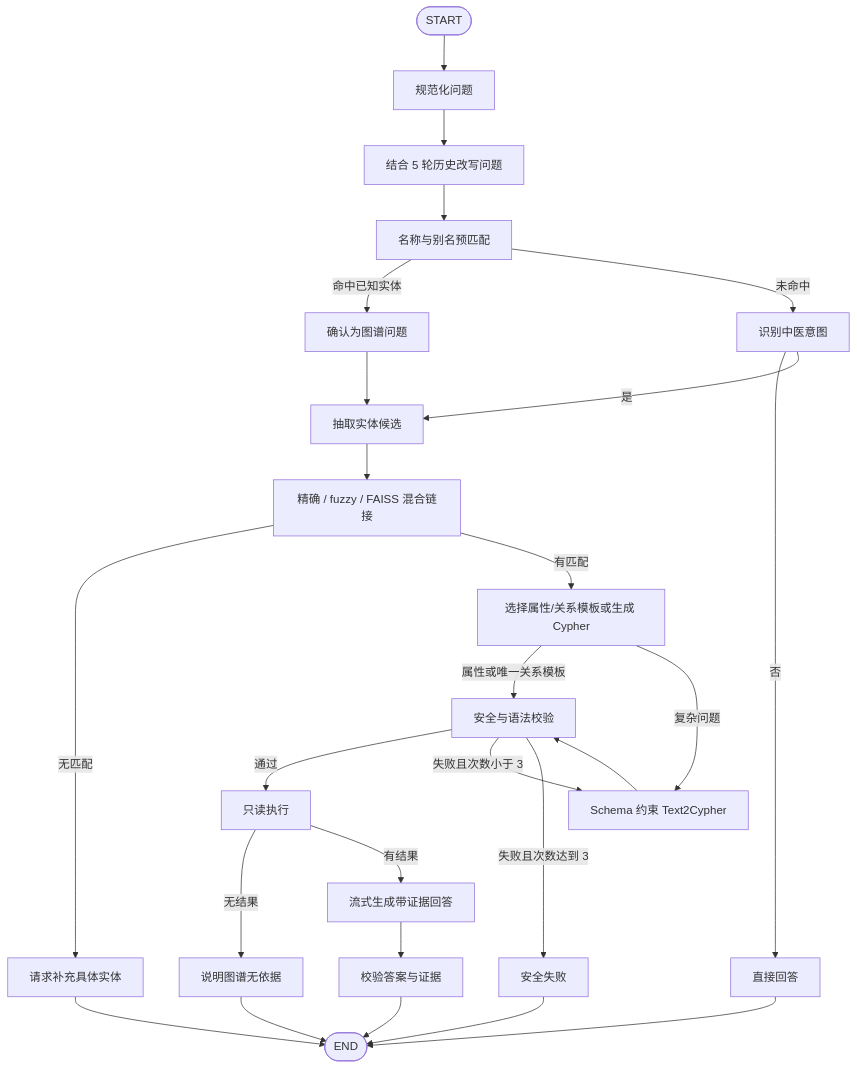
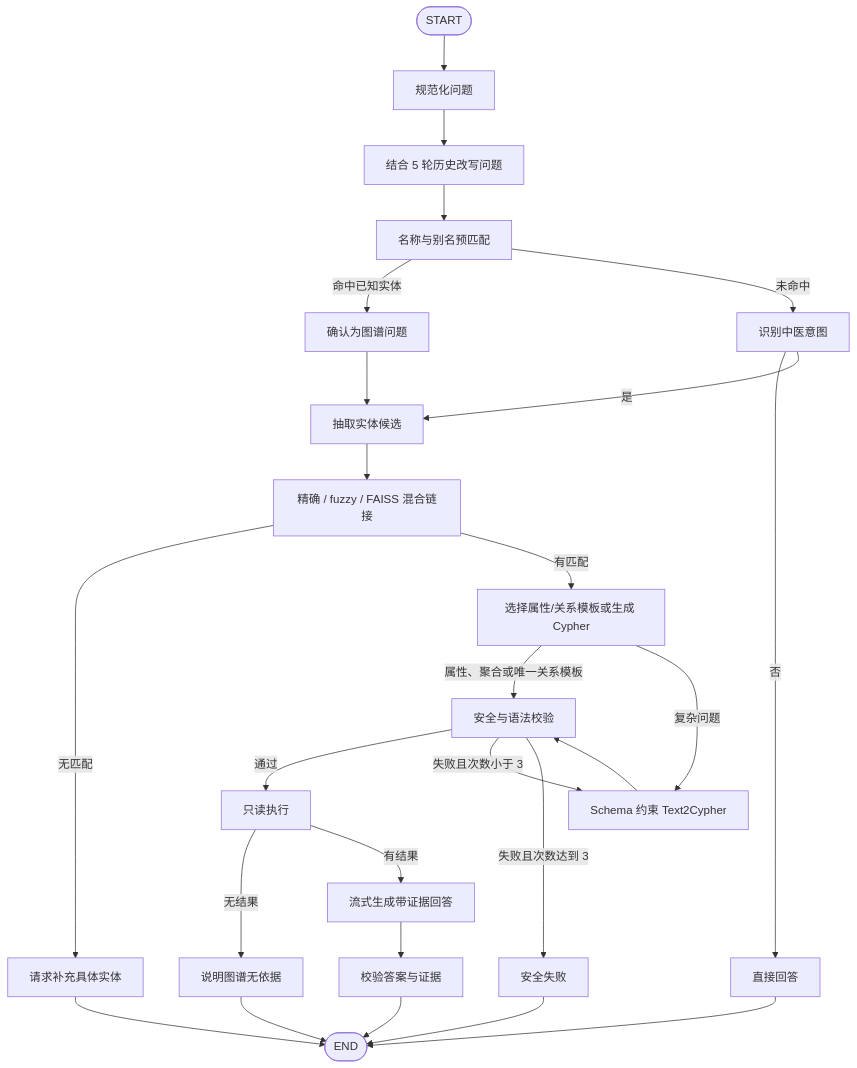
The second of 3 diagrams in docs/graph_qa/architecture.md (zhongzubin/Chinese_medicine_knowledgegraph), drawn with Mermaid before and after one commit. The commit also changed other lines of this file and 25 other files, not shown here.

Commit message:
feat(graph_qa): add controlled aggregate queries

````diff
--- a/docs/graph_qa/architecture.md
+++ b/docs/graph_qa/architecture.md
@@ -110,28 +110,28 @@
 ```mermaid
 flowchart TD
     Start([START]) --> Normalize[规范化问题]
     Normalize --> Rewrite[结合 5 轮历史改写问题]
     Rewrite --> Prelink[名称与别名预匹配]
     Prelink -->|命中已知实体| KnownIntent[确认为图谱问题]
     Prelink -->|未命中| Intent[识别中医意图]
     KnownIntent --> Extract[抽取实体候选]
     Intent -->|否| Direct[直接回答]
     Intent -->|是| Extract[抽取实体候选]
     Extract --> Link[精确 / fuzzy / FAISS 混合链接]
     Link -->|无匹配| Clarify[请求补充具体实体]
     Link -->|有匹配| Plan[选择属性/关系模板或生成 Cypher]
-    Plan -->|属性或唯一关系模板| Validate[安全与语法校验]
+    Plan -->|属性、聚合或唯一关系模板| Validate[安全与语法校验]
     Plan -->|复杂问题| Text2Cypher[Schema 约束 Text2Cypher]
     Text2Cypher --> Validate
     Validate -->|通过| Execute[只读执行]
     Validate -->|失败且次数小于 3| Text2Cypher
     Validate -->|失败且次数达到 3| SafeFail[安全失败]
     Execute -->|无结果| NoEvidence[说明图谱无依据]
     Execute -->|有结果| Answer[流式生成带证据回答]
     Answer --> Verify[校验答案与证据]
     Direct --> End([END])
     Clarify --> End
     SafeFail --> End
     NoEvidence --> End
     Verify --> End
 ```
````
